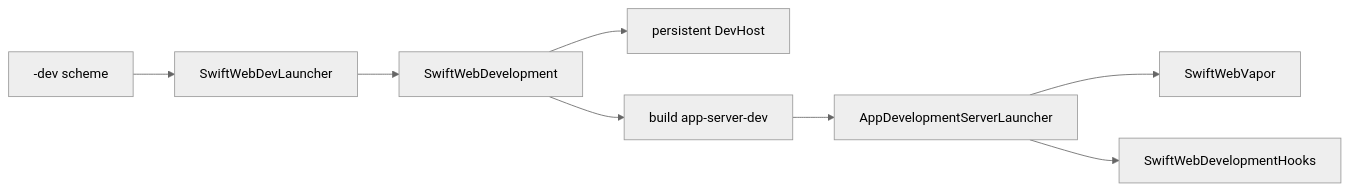
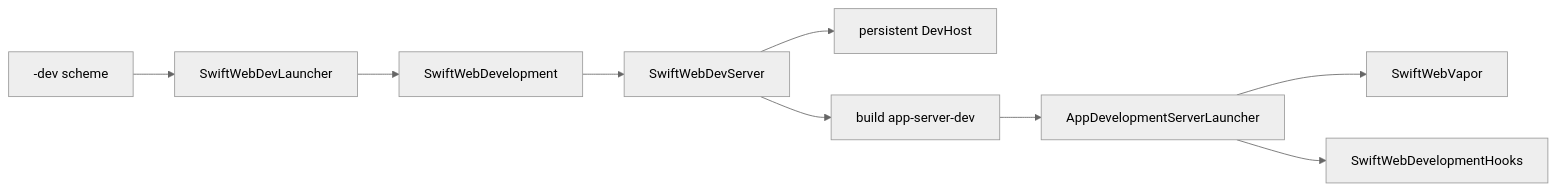
Before and after one commit to 1amageek/swift-web: the ninth of 10 diagrams in Sources/SwiftWebCLI/README.md, drawn with Mermaid (neutral theme). The commit also changed other lines of this file and 354 other files, not shown here.

````diff
--- a/Sources/SwiftWebCLI/README.md
+++ b/Sources/SwiftWebCLI/README.md
@@ -231,10 +253,11 @@
 ```mermaid
 flowchart LR
   A["<AppName>-dev scheme"] --> B["SwiftWebDevLauncher"]
   B --> C["SwiftWebDevelopment"]
-  C --> D["persistent DevHost"]
-  C --> E["build app-server-dev"]
-  E --> F["AppDevelopmentServerLauncher"]
-  F --> G["SwiftWebVapor"]
-  F --> H["SwiftWebDevelopmentHooks"]
+  C --> D["SwiftWebDevServer"]
+  D --> E["persistent DevHost"]
+  D --> F["build app-server-dev"]
+  F --> G["AppDevelopmentServerLauncher"]
+  G --> H["SwiftWebVapor"]
+  G --> I["SwiftWebDevelopmentHooks"]
 ```
````
